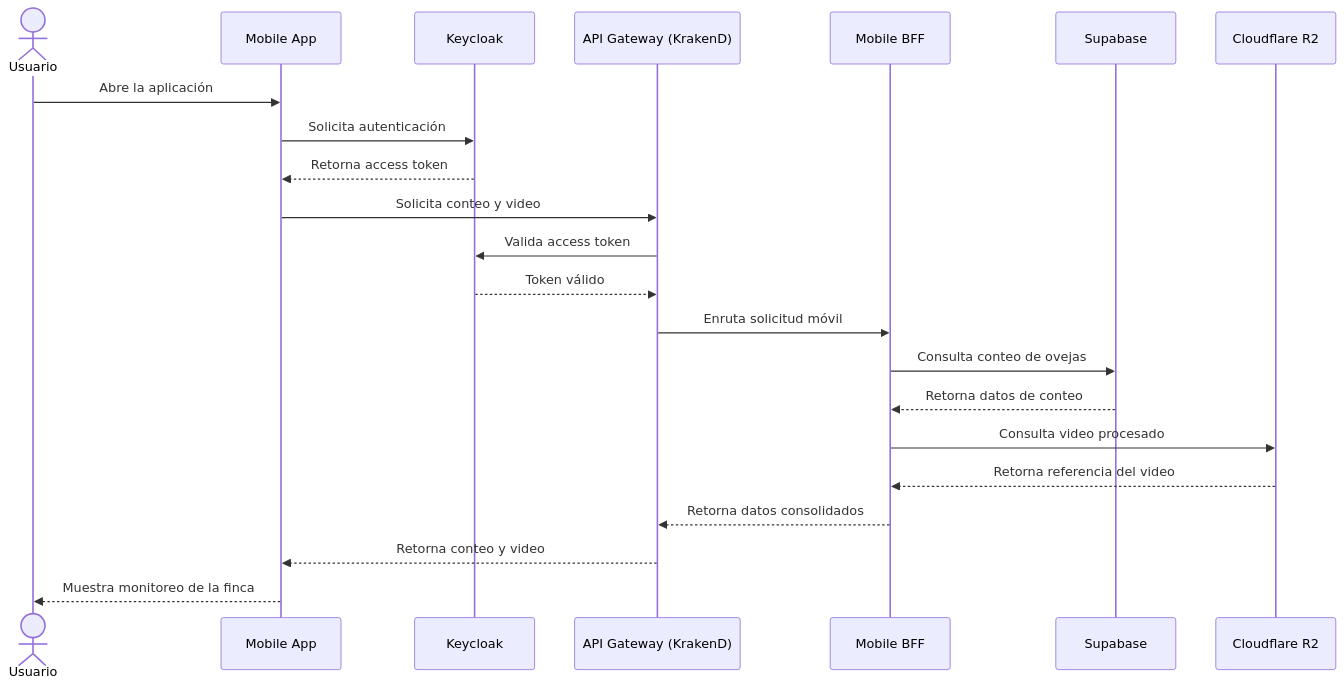
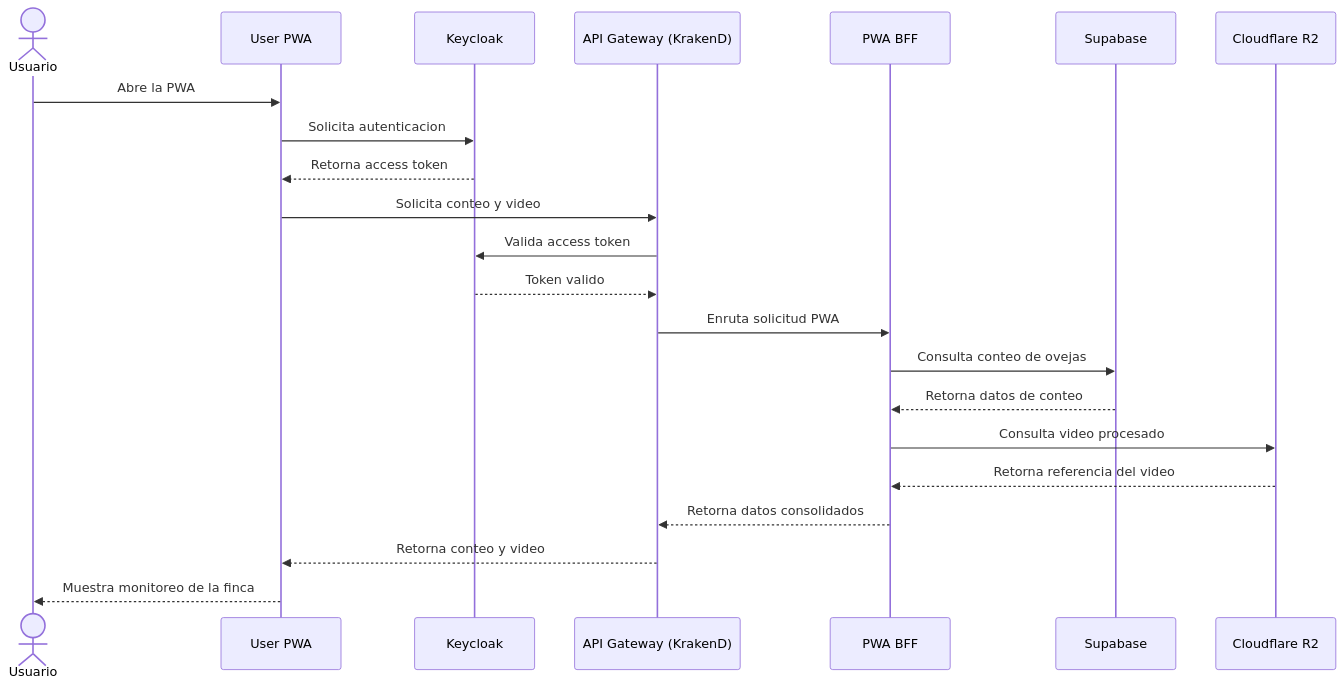
One commit to joseguambo1994/ganadotech-docs changed the diagram in docs/prod/diagrama-de-secuencia/flujo-usuario-final/diagram.mmd. Above: the diagram before and after it, drawn with Mermaid. The commit also changed 4 other files, not shown here.

Commit message:
feat: Update diagram to include PWA instead of mobile app due to apps stores approvals.

```diff
--- a/docs/prod/diagrama-de-secuencia/flujo-usuario-final/diagram.mmd
+++ b/docs/prod/diagrama-de-secuencia/flujo-usuario-final/diagram.mmd
@@ -1,23 +1,23 @@
 sequenceDiagram
     actor User as Usuario
-    participant Mobile as Mobile App
+    participant PWA as User PWA
     participant Keycloak as Keycloak
     participant Gateway as API Gateway (KrakenD)
-    participant MobileBff as Mobile BFF
+    participant PwaBff as PWA BFF
     participant Supabase as Supabase
     participant R2 as Cloudflare R2
 
-    User->>Mobile: Abre la aplicación
-    Mobile->>Keycloak: Solicita autenticación
-    Keycloak-->>Mobile: Retorna access token
-    Mobile->>Gateway: Solicita conteo y video
+    User->>PWA: Abre la PWA
+    PWA->>Keycloak: Solicita autenticacion
+    Keycloak-->>PWA: Retorna access token
+    PWA->>Gateway: Solicita conteo y video
     Gateway->>Keycloak: Valida access token
-    Keycloak-->>Gateway: Token válido
-    Gateway->>MobileBff: Enruta solicitud móvil
-    MobileBff->>Supabase: Consulta conteo de ovejas
-    Supabase-->>MobileBff: Retorna datos de conteo
-    MobileBff->>R2: Consulta video procesado
-    R2-->>MobileBff: Retorna referencia del video
-    MobileBff-->>Gateway: Retorna datos consolidados
-    Gateway-->>Mobile: Retorna conteo y video
-    Mobile-->>User: Muestra monitoreo de la finca
+    Keycloak-->>Gateway: Token valido
+    Gateway->>PwaBff: Enruta solicitud PWA
+    PwaBff->>Supabase: Consulta conteo de ovejas
+    Supabase-->>PwaBff: Retorna datos de conteo
+    PwaBff->>R2: Consulta video procesado
+    R2-->>PwaBff: Retorna referencia del video
+    PwaBff-->>Gateway: Retorna datos consolidados
+    Gateway-->>PWA: Retorna conteo y video
+    PWA-->>User: Muestra monitoreo de la finca
```
